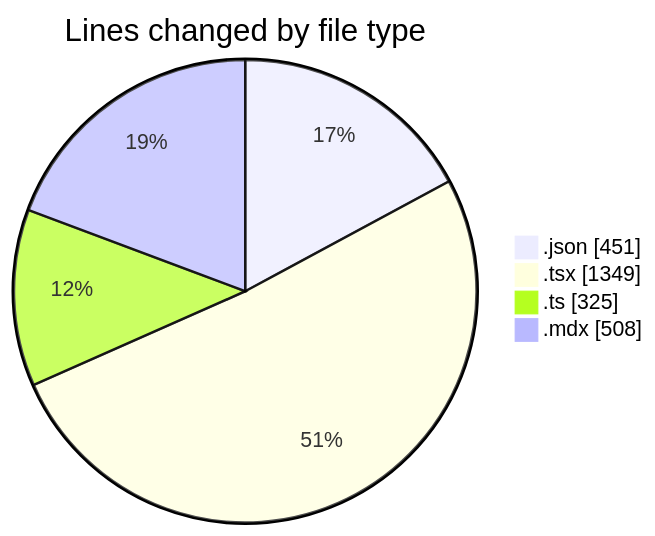
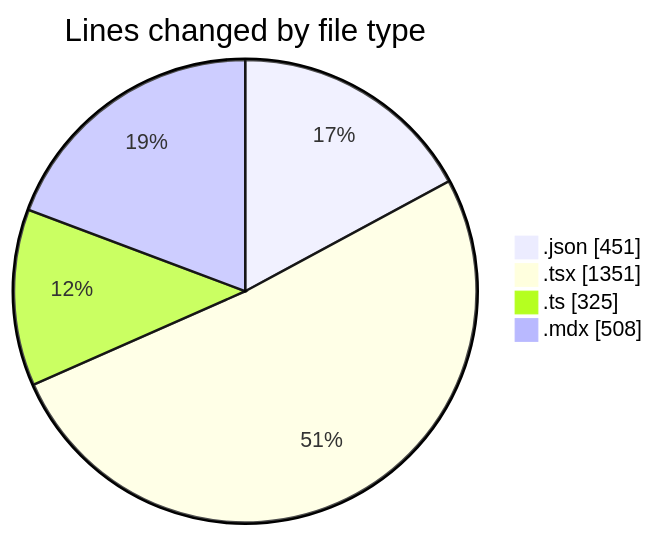
One commit to Elitesun/code-tracking changed the first of 2 diagrams in 2025-05-01/niten/README.md. Above: the diagram before and after it, drawn with Mermaid. The commit also changed other lines of this file and 1 other file, not shown here.

````diff
--- a/2025-05-01/niten/README.md
+++ b/2025-05-01/niten/README.md
@@ -48,8 +48,8 @@
 ```mermaid
 pie showData
 title Lines changed by file type
 ".json" : 451
-".tsx" : 1349
+".tsx" : 1351
 ".ts" : 325
 ".mdx" : 508
 ```
````
